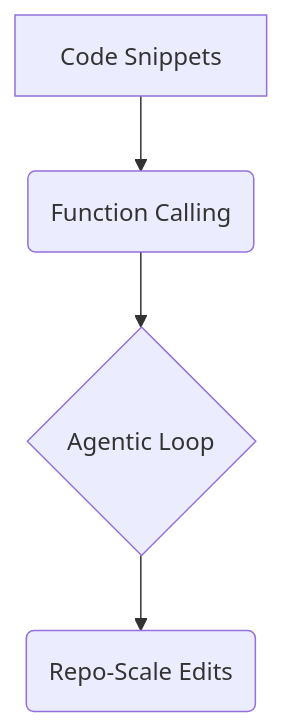
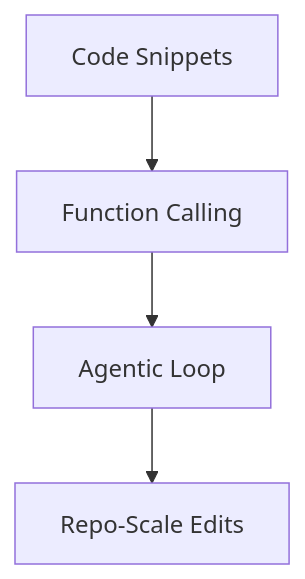
The first of 4 diagrams in slides.md (mldangelo/eairg-coding-agent-talk), drawn with Mermaid before and after one commit. The commit also changed other lines of this file and 2 other files, not shown here.

````diff
--- a/slides.md
+++ b/slides.md
@@ -72,6 +72,6 @@
 ```mermaid
 graph TD
-    A[Code Snippets] --> B(Function Calling);
-    B --> C{Agentic Loop};
-    C --> D(Repo-Scale Edits);
+    A["Code Snippets"] --> B["Function Calling"]
+    B --> C["Agentic Loop"]
+    C --> D["Repo-Scale Edits"]
 ```
````
